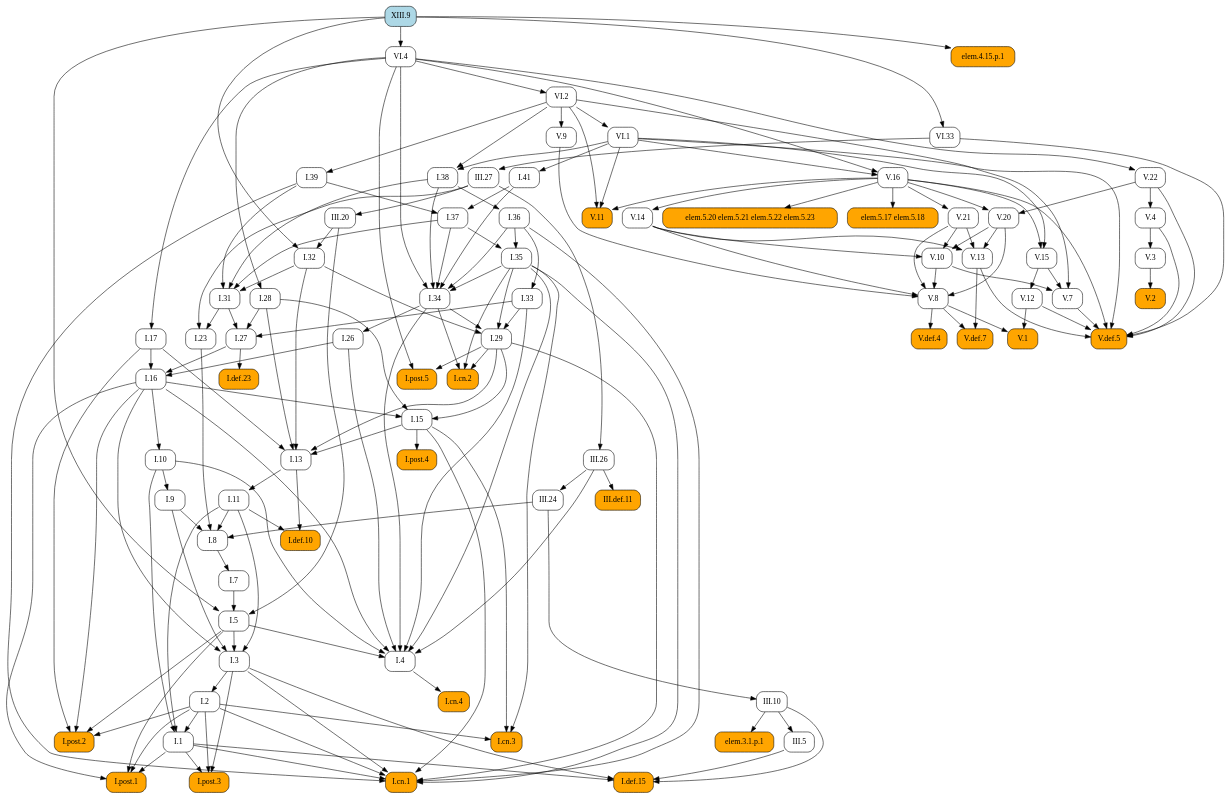
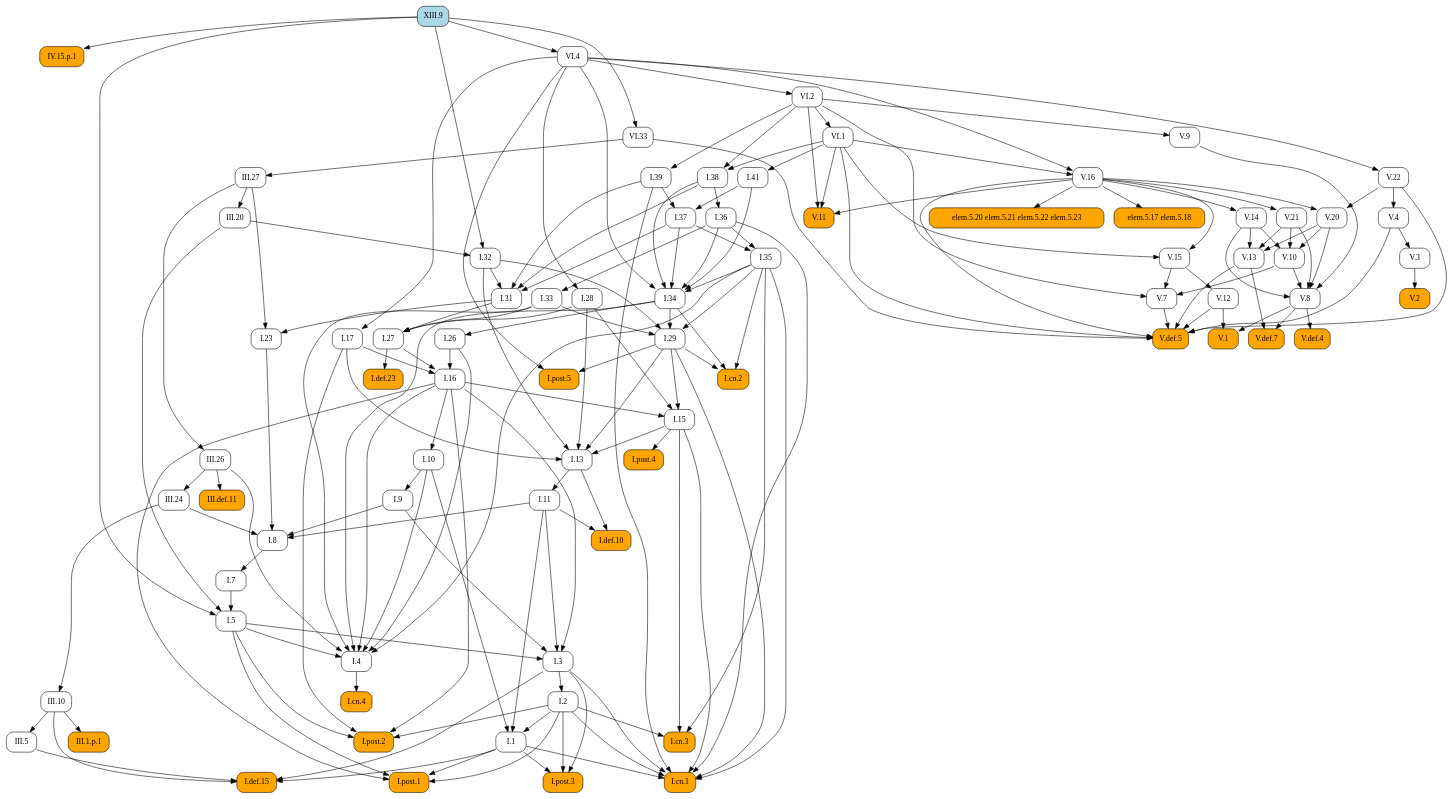
The diagram in docsrc/heath/XIII/9/index.rst (geometor/elements), drawn with Graphviz before and after one commit. The commit also changed other lines of this file and 484 other files, not shown here.

```diff
--- a/docsrc/heath/XIII/9/index.rst
+++ b/docsrc/heath/XIII/9/index.rst
@@ -53,92 +53,187 @@
    digraph {
      rankdir="TB";
      node [shape=box, style=rounded];
+     "I.23" [URL="/heath/I/23/", target="_top"];
+     "I.9" [URL="/heath/I/9/", target="_top"];
+     "III.24" [URL="/heath/III/24/", target="_top"];
+     "I.def.15" [style="rounded,filled", fillcolor=orange, URL="/heath/I/def.15/", target="_top"];
+     "V.13" [URL="/heath/V/13/", target="_top"];
+     "IV.15.p.1" [style="rounded,filled", fillcolor=orange];
+     "V.7" [URL="/heath/V/7/", target="_top"];
+     "elem.5.17 elem.5.18" [style="rounded,filled", fillcolor=orange];
+     "I.post.1" [style="rounded,filled", fillcolor=orange, URL="/heath/I/post.1/", target="_top"];
+     "V.14" [URL="/heath/V/14/", target="_top"];
+     "III.20" [URL="/heath/III/20/", target="_top"];
+     "V.9" [URL="/heath/V/9/", target="_top"];
+     "I.31" [URL="/heath/I/31/", target="_top"];
      "I.def.10" [style="rounded,filled", fillcolor=orange, URL="/heath/I/def.10/", target="_top"];
+     "V.10" [URL="/heath/V/10/", target="_top"];
+     "V.4" [URL="/heath/V/4/", target="_top"];
+     "VI.1" [URL="/heath/VI/1/", target="_top"];
+     "I.39" [URL="/heath/I/39/", target="_top"];
+     "V.11" [style="rounded,filled", fillcolor=orange, URL="/heath/V/11/", target="_top"];
+     "I.34" [URL="/heath/I/34/", target="_top"];
+     "I.3" [URL="/heath/I/3/", target="_top"];
+     "V.def.4" [style="rounded,filled", fillcolor=orange, URL="/heath/V/def.4/", target="_top"];
+     "V.def.7" [style="rounded,filled", fillcolor=orange, URL="/heath/V/def.7/", target="_top"];
+     "I.2" [URL="/heath/I/2/", target="_top"];
+     "V.21" [URL="/heath/V/21/", target="_top"];
+     "V.3" [URL="/heath/V/3/", target="_top"];
+     "I.13" [URL="/heath/I/13/", target="_top"];
+     "I.post.4" [style="rounded,filled", fillcolor=orange, URL="/heath/I/post.4/", target="_top"];
+     "I.4" [URL="/heath/I/4/", target="_top"];
+     "I.1" [URL="/heath/I/1/", target="_top"];
+     "I.17" [URL="/heath/I/17/", target="_top"];
+     "I.8" [URL="/heath/I/8/", target="_top"];
+     "I.29" [URL="/heath/I/29/", target="_top"];
+     "I.38" [URL="/heath/I/38/", target="_top"];
+     "V.8" [URL="/heath/V/8/", target="_top"];
+     "I.15" [URL="/heath/I/15/", target="_top"];
+     "I.10" [URL="/heath/I/10/", target="_top"];
      "I.11" [URL="/heath/I/11/", target="_top"];
-     "I.post.4" [style="rounded,filled", fillcolor=orange, URL="/heath/I/post.4/", target="_top"];
-     "I.28" [URL="/heath/I/28/", target="_top"];
-     "I.1" [URL="/heath/I/1/", target="_top"];
-     "elem.4.15.p.1" [style="rounded,filled", fillcolor=orange];
+     "I.def.23" [style="rounded,filled", fillcolor=orange, URL="/heath/I/def.23/", target="_top"];
+     "VI.4" [URL="/heath/VI/4/", target="_top"];
+     "I.26" [URL="/heath/I/26/", target="_top"];
+     "V.16" [URL="/heath/V/16/", target="_top"];
+     "I.33" [URL="/heath/I/33/", target="_top"];
+     "I.32" [URL="/heath/I/32/", target="_top"];
+     "I.post.3" [style="rounded,filled", fillcolor=orange, URL="/heath/I/post.3/", target="_top"];
+     "III.def.11" [style="rounded,filled", fillcolor=orange, URL="/heath/III/def.11/", target="_top"];
      "V.def.5" [style="rounded,filled", fillcolor=orange, URL="/heath/V/def.5/", target="_top"];
-     "III.20" [URL="/heath/III/20/", target="_top"];
-     "V.13" [URL="/heath/V/13/", target="_top"];
-     "V.11" [style="rounded,filled", fillcolor=orange, URL="/heath/V/11/", target="_top"];
-     "III.def.11" [style="rounded,filled", fillcolor=orange, URL="/heath/III/def.11/", target="_top"];
-     "I.post.3" [style="rounded,filled", fillcolor=orange, URL="/heath/I/post.3/", target="_top"];
-     "VI.1" [URL="/heath/VI/1/", target="_top"];
-     "I.cn.3" [style="rounded,filled", fillcolor=orange, URL="/heath/I/cn.3/", target="_top"];
-     "V.16" [URL="/heath/V/16/", target="_top"];
-     "VI.4" [URL="/heath/VI/4/", target="_top"];
-     "V.3" [URL="/heath/V/3/", target="_top"];
+     "III.10" [URL="/heath/III/10/", target="_top"];
      "XIII.9" [style="rounded,filled", fillcolor=lightblue, URL="/heath/XIII/9/", target="_top"];
-     "VI.33" [URL="/heath/VI/33/", target="_top"];
-     "V.8" [URL="/heath/V/8/", target="_top"];
      "I.27" [URL="/heath/I/27/", target="_top"];
-     "I.36" [URL="/heath/I/36/", target="_top"];
-     "I.41" [URL="/heath/I/41/", target="_top"];
-     "I.37" [URL="/heath/I/37/", target="_top"];
-     "I.34" [URL="/heath/I/34/", target="_top"];
-     "I.2" [URL="/heath/I/2/", target="_top"];
-     "I.def.23" [style="rounded,filled", fillcolor=orange, URL="/heath/I/def.23/", target="_top"];
-     "I.17" [URL="/heath/I/17/", target="_top"];
-     "I.33" [URL="/heath/I/33/", target="_top"];
-     "I.post.2" [style="rounded,filled", fillcolor=orange, URL="/heath/I/post.2/", target="_top"];
-     "elem.5.20 elem.5.21 elem.5.22 elem.5.23" [style="rounded,filled", fillcolor=orange];
-     "I.9" [URL="/heath/I/9/", target="_top"];
-     "I.32" [URL="/heath/I/32/", target="_top"];
-     "I.cn.4" [style="rounded,filled", fillcolor=orange, URL="/heath/I/cn.4/", target="_top"];
-     "V.def.4" [style="rounded,filled", fillcolor=orange, URL="/heath/V/def.4/", target="_top"];
-     "I.15" [URL="/heath/I/15/", target="_top"];
-     "I.38" [URL="/heath/I/38/", target="_top"];
-     "V.def.7" [style="rounded,filled", fillcolor=orange, URL="/heath/V/def.7/", target="_top"];
-     "I.5" [URL="/heath/I/5/", target="_top"];
+     "V.20" [URL="/heath/V/20/", target="_top"];
+     "V.12" [URL="/heath/V/12/", target="_top"];
      "III.5" [URL="/heath/III/5/", target="_top"];
-     "V.21" [URL="/heath/V/21/", target="_top"];
-     "I.39" [URL="/heath/I/39/", target="_top"];
-     "I.26" [URL="/heath/I/26/", target="_top"];
-     "III.26" [URL="/heath/III/26/", target="_top"];
-     "V.14" [URL="/heath/V/14/", target="_top"];
-     "I.29" [URL="/heath/I/29/", target="_top"];
-     "elem.3.1.p.1" [style="rounded,filled", fillcolor=orange];
-     "V.22" [URL="/heath/V/22/", target="_top"];
-     "V.12" [URL="/heath/V/12/", target="_top"];
-     "I.cn.2" [style="rounded,filled", fillcolor=orange, URL="/heath/I/cn.2/", target="_top"];
-     "V.20" [URL="/heath/V/20/", target="_top"];
-     "V.10" [URL="/heath/V/10/", target="_top"];
-     "VI.2" [URL="/heath/VI/2/", target="_top"];
-     "I.def.15" [style="rounded,filled", fillcolor=orange, URL="/heath/I/def.15/", target="_top"];
-     "V.15" [URL="/heath/V/15/", target="_top"];
+     "V.2" [style="rounded,filled", fillcolor=orange, URL="/heath/V/2/", target="_top"];
      "I.cn.1" [style="rounded,filled", fillcolor=orange, URL="/heath/I/cn.1/", target="_top"];
-     "V.7" [URL="/heath/V/7/", target="_top"];
-     "V.9" [URL="/heath/V/9/", target="_top"];
-     "I.23" [URL="/heath/I/23/", target="_top"];
-     "I.post.1" [style="rounded,filled", fillcolor=orange, URL="/heath/I/post.1/", target="_top"];
-     "III.24" [URL="/heath/III/24/", target="_top"];
      "I.35" [URL="/heath/I/35/", target="_top"];
      "I.7" [URL="/heath/I/7/", target="_top"];
-     "I.3" [URL="/heath/I/3/", target="_top"];
-     "I.4" [URL="/heath/I/4/", target="_top"];
-     "I.13" [URL="/heath/I/13/", target="_top"];
-     "V.4" [URL="/heath/V/4/", target="_top"];
-     "I.31" [URL="/heath/I/31/", target="_top"];
+     "III.27" [URL="/heath/III/27/", target="_top"];
+     "III.26" [URL="/heath/III/26/", target="_top"];
+     "I.36" [URL="/heath/I/36/", target="_top"];
+     "I.5" [URL="/heath/I/5/", target="_top"];
+     "I.37" [URL="/heath/I/37/", target="_top"];
+     "I.cn.3" [style="rounded,filled", fillcolor=orange, URL="/heath/I/cn.3/", target="_top"];
+     "I.16" [URL="/heath/I/16/", target="_top"];
+     "VI.33" [URL="/heath/VI/33/", target="_top"];
+     "V.22" [URL="/heath/V/22/", target="_top"];
      "V.1" [style="rounded,filled", fillcolor=orange, URL="/heath/V/1/", target="_top"];
-     "I.16" [URL="/heath/I/16/", target="_top"];
-     "III.10" [URL="/heath/III/10/", target="_top"];
-     "elem.5.17 elem.5.18" [style="rounded,filled", fillcolor=orange];
-     "III.27" [URL="/heath/III/27/", target="_top"];
-     "I.8" [URL="/heath/I/8/", target="_top"];
-     "V.2" [style="rounded,filled", fillcolor=orange, URL="/heath/V/2/", target="_top"];
+     "III.1.p.1" [style="rounded,filled", fillcolor=orange];
+     "I.cn.2" [style="rounded,filled", fillcolor=orange, URL="/heath/I/cn.2/", target="_top"];
      "I.post.5" [style="rounded,filled", fillcolor=orange, URL="/heath/I/post.5/", target="_top"];
-     "I.10" [URL="/heath/I/10/", target="_top"];
+     "I.28" [URL="/heath/I/28/", target="_top"];
+     "VI.2" [URL="/heath/VI/2/", target="_top"];
+     "I.cn.4" [style="rounded,filled", fillcolor=orange, URL="/heath/I/cn.4/", target="_top"];
+     "I.post.2" [style="rounded,filled", fillcolor=orange, URL="/heath/I/post.2/", target="_top"];
+     "V.15" [URL="/heath/V/15/", target="_top"];
+     "I.41" [URL="/heath/I/41/", target="_top"];
+     "elem.5.20 elem.5.21 elem.5.22 elem.5.23" [style="rounded,filled", fillcolor=orange];
+     "I.31" -> "I.23";
+     "III.27" -> "I.23";
+     "I.10" -> "I.9";
+     "III.26" -> "III.24";
+     "I.1" -> "I.def.15";
+     "I.3" -> "I.def.15";
+     "III.5" -> "I.def.15";
+     "III.10" -> "I.def.15";
+     "V.14" -> "V.13";
+     "V.20" -> "V.13";
+     "V.21" -> "V.13";
+     "XIII.9" -> "IV.15.p.1";
+     "V.10" -> "V.7";
+     "V.15" -> "V.7";
+     "VI.2" -> "V.7";
+     "V.16" -> "elem.5.17 elem.5.18";
+     "I.1" -> "I.post.1";
+     "I.2" -> "I.post.1";
+     "I.5" -> "I.post.1";
+     "I.16" -> "I.post.1";
+     "V.16" -> "V.14";
+     "III.27" -> "III.20";
+     "VI.2" -> "V.9";
+     "I.32" -> "I.31";
+     "I.37" -> "I.31";
+     "I.38" -> "I.31";
+     "I.39" -> "I.31";
      "I.11" -> "I.def.10";
      "I.13" -> "I.def.10";
-     "I.13" -> "I.11";
+     "V.14" -> "V.10";
+     "V.20" -> "V.10";
+     "V.21" -> "V.10";
+     "V.22" -> "V.4";
+     "VI.2" -> "VI.1";
+     "VI.2" -> "I.39";
+     "V.16" -> "V.11";
+     "VI.1" -> "V.11";
+     "VI.2" -> "V.11";
+     "I.35" -> "I.34";
+     "I.36" -> "I.34";
+     "I.37" -> "I.34";
+     "I.38" -> "I.34";
+     "I.41" -> "I.34";
+     "VI.4" -> "I.34";
+     "I.5" -> "I.3";
+     "I.9" -> "I.3";
+     "I.11" -> "I.3";
+     "I.16" -> "I.3";
+     "V.8" -> "V.def.4";
+     "V.8" -> "V.def.7";
+     "V.13" -> "V.def.7";
+     "I.3" -> "I.2";
+     "V.16" -> "V.21";
+     "V.4" -> "V.3";
+     "I.15" -> "I.13";
+     "I.17" -> "I.13";
+     "I.28" -> "I.13";
+     "I.29" -> "I.13";
+     "I.32" -> "I.13";
      "I.15" -> "I.post.4";
-     "VI.4" -> "I.28";
+     "I.5" -> "I.4";
+     "I.10" -> "I.4";
+     "I.16" -> "I.4";
+     "I.26" -> "I.4";
+     "I.33" -> "I.4";
+     "I.34" -> "I.4";
+     "I.35" -> "I.4";
+     "III.26" -> "I.4";
      "I.2" -> "I.1";
      "I.10" -> "I.1";
      "I.11" -> "I.1";
-     "XIII.9" -> "elem.4.15.p.1";
+     "VI.4" -> "I.17";
+     "I.9" -> "I.8";
+     "I.11" -> "I.8";
+     "I.23" -> "I.8";
+     "III.24" -> "I.8";
+     "I.32" -> "I.29";
+     "I.33" -> "I.29";
+     "I.34" -> "I.29";
+     "I.35" -> "I.29";
+     "VI.1" -> "I.38";
+     "VI.2" -> "I.38";
+     "V.9" -> "V.8";
+     "V.10" -> "V.8";
+     "V.14" -> "V.8";
+     "V.20" -> "V.8";
+     "V.21" -> "V.8";
+     "I.16" -> "I.15";
+     "I.28" -> "I.15";
+     "I.29" -> "I.15";
+     "I.16" -> "I.10";
+     "I.13" -> "I.11";
+     "I.27" -> "I.def.23";
+     "XIII.9" -> "VI.4";
+     "I.34" -> "I.26";
+     "VI.1" -> "V.16";
+     "VI.4" -> "V.16";
+     "I.36" -> "I.33";
+     "III.20" -> "I.32";
+     "XIII.9" -> "I.32";
+     "I.1" -> "I.post.3";
+     "I.2" -> "I.post.3";
+     "I.3" -> "I.post.3";
+     "III.26" -> "III.def.11";
      "V.4" -> "V.def.5";
      "V.7" -> "V.def.5";
      "V.12" -> "V.def.5";
@@ -147,96 +242,15 @@
      "V.22" -> "V.def.5";
      "VI.1" -> "V.def.5";
      "VI.33" -> "V.def.5";
-     "III.27" -> "III.20";
-     "V.14" -> "V.13";
-     "V.20" -> "V.13";
-     "V.21" -> "V.13";
-     "V.16" -> "V.11";
-     "VI.1" -> "V.11";
-     "VI.2" -> "V.11";
-     "III.26" -> "III.def.11";
-     "I.1" -> "I.post.3";
-     "I.2" -> "I.post.3";
-     "I.3" -> "I.post.3";
-     "VI.2" -> "VI.1";
-     "I.2" -> "I.cn.3";
-     "I.15" -> "I.cn.3";
-     "I.35" -> "I.cn.3";
-     "VI.1" -> "V.16";
-     "VI.4" -> "V.16";
-     "XIII.9" -> "VI.4";
-     "V.4" -> "V.3";
-     "XIII.9" -> "VI.33";
-     "V.9" -> "V.8";
-     "V.10" -> "V.8";
-     "V.14" -> "V.8";
-     "V.20" -> "V.8";
-     "V.21" -> "V.8";
+     "III.24" -> "III.10";
      "I.28" -> "I.27";
      "I.31" -> "I.27";
      "I.33" -> "I.27";
-     "I.38" -> "I.36";
-     "VI.1" -> "I.41";
-     "I.39" -> "I.37";
-     "I.41" -> "I.37";
-     "I.35" -> "I.34";
-     "I.36" -> "I.34";
-     "I.37" -> "I.34";
-     "I.38" -> "I.34";
-     "I.41" -> "I.34";
-     "VI.4" -> "I.34";
-     "I.3" -> "I.2";
-     "I.27" -> "I.def.23";
-     "VI.4" -> "I.17";
-     "I.36" -> "I.33";
-     "I.2" -> "I.post.2";
-     "I.5" -> "I.post.2";
-     "I.16" -> "I.post.2";
-     "I.17" -> "I.post.2";
-     "V.16" -> "elem.5.20 elem.5.21 elem.5.22 elem.5.23";
-     "I.10" -> "I.9";
-     "III.20" -> "I.32";
-     "XIII.9" -> "I.32";
-     "I.4" -> "I.cn.4";
-     "V.8" -> "V.def.4";
-     "I.16" -> "I.15";
-     "I.28" -> "I.15";
-     "I.29" -> "I.15";
-     "VI.1" -> "I.38";
-     "VI.2" -> "I.38";
-     "V.8" -> "V.def.7";
-     "V.13" -> "V.def.7";
-     "I.7" -> "I.5";
-     "III.20" -> "I.5";
-     "XIII.9" -> "I.5";
-     "III.10" -> "III.5";
-     "V.16" -> "V.21";
-     "VI.2" -> "I.39";
-     "I.34" -> "I.26";
-     "III.27" -> "III.26";
-     "V.16" -> "V.14";
-     "I.32" -> "I.29";
-     "I.33" -> "I.29";
-     "I.34" -> "I.29";
-     "I.35" -> "I.29";
-     "III.10" -> "elem.3.1.p.1";
-     "VI.4" -> "V.22";
-     "V.15" -> "V.12";
-     "I.29" -> "I.cn.2";
-     "I.34" -> "I.cn.2";
-     "I.35" -> "I.cn.2";
      "V.16" -> "V.20";
      "V.22" -> "V.20";
-     "V.14" -> "V.10";
-     "V.20" -> "V.10";
-     "V.21" -> "V.10";
-     "VI.4" -> "VI.2";
-     "I.1" -> "I.def.15";
-     "I.3" -> "I.def.15";
-     "III.5" -> "I.def.15";
-     "III.10" -> "I.def.15";
-     "V.16" -> "V.15";
-     "VI.1" -> "V.15";
+     "V.15" -> "V.12";
+     "III.10" -> "III.5";
+     "V.3" -> "V.2";
      "I.1" -> "I.cn.1";
      "I.2" -> "I.cn.1";
      "I.3" -> "I.cn.1";
@@ -245,56 +259,42 @@
      "I.35" -> "I.cn.1";
      "I.36" -> "I.cn.1";
      "I.39" -> "I.cn.1";
-     "V.10" -> "V.7";
-     "V.15" -> "V.7";
-     "VI.2" -> "V.7";
-     "VI.2" -> "V.9";
-     "I.31" -> "I.23";
-     "III.27" -> "I.23";
-     "I.1" -> "I.post.1";
-     "I.2" -> "I.post.1";
-     "I.5" -> "I.post.1";
-     "I.16" -> "I.post.1";
-     "III.26" -> "III.24";
      "I.36" -> "I.35";
      "I.37" -> "I.35";
      "I.8" -> "I.7";
-     "I.5" -> "I.3";
-     "I.9" -> "I.3";
-     "I.11" -> "I.3";
-     "I.16" -> "I.3";
-     "I.5" -> "I.4";
-     "I.10" -> "I.4";
-     "I.16" -> "I.4";
-     "I.26" -> "I.4";
-     "I.33" -> "I.4";
-     "I.34" -> "I.4";
-     "I.35" -> "I.4";
-     "III.26" -> "I.4";
-     "I.15" -> "I.13";
-     "I.17" -> "I.13";
-     "I.28" -> "I.13";
-     "I.29" -> "I.13";
-     "I.32" -> "I.13";
-     "V.22" -> "V.4";
-     "I.32" -> "I.31";
-     "I.37" -> "I.31";
-     "I.38" -> "I.31";
-     "I.39" -> "I.31";
-     "V.8" -> "V.1";
-     "V.12" -> "V.1";
+     "VI.33" -> "III.27";
+     "III.27" -> "III.26";
+     "I.38" -> "I.36";
+     "I.7" -> "I.5";
+     "III.20" -> "I.5";
+     "XIII.9" -> "I.5";
+     "I.39" -> "I.37";
+     "I.41" -> "I.37";
+     "I.2" -> "I.cn.3";
+     "I.15" -> "I.cn.3";
+     "I.35" -> "I.cn.3";
      "I.17" -> "I.16";
      "I.26" -> "I.16";
      "I.27" -> "I.16";
-     "III.24" -> "III.10";
-     "V.16" -> "elem.5.17 elem.5.18";
-     "VI.33" -> "III.27";
-     "I.9" -> "I.8";
-     "I.11" -> "I.8";
-     "I.23" -> "I.8";
-     "III.24" -> "I.8";
-     "V.3" -> "V.2";
+     "XIII.9" -> "VI.33";
+     "VI.4" -> "V.22";
+     "V.8" -> "V.1";
+     "V.12" -> "V.1";
+     "III.10" -> "III.1.p.1";
+     "I.29" -> "I.cn.2";
+     "I.34" -> "I.cn.2";
+     "I.35" -> "I.cn.2";
      "I.29" -> "I.post.5";
      "VI.4" -> "I.post.5";
-     "I.16" -> "I.10";
+     "VI.4" -> "I.28";
+     "VI.4" -> "VI.2";
+     "I.4" -> "I.cn.4";
+     "I.2" -> "I.post.2";
+     "I.5" -> "I.post.2";
+     "I.16" -> "I.post.2";
+     "I.17" -> "I.post.2";
+     "V.16" -> "V.15";
+     "VI.1" -> "V.15";
+     "VI.1" -> "I.41";
+     "V.16" -> "elem.5.20 elem.5.21 elem.5.22 elem.5.23";
    }
```
